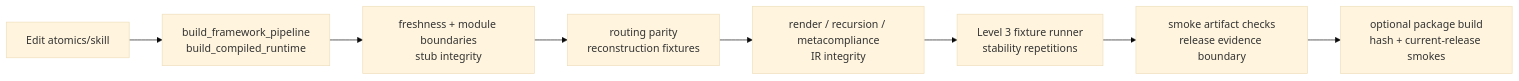
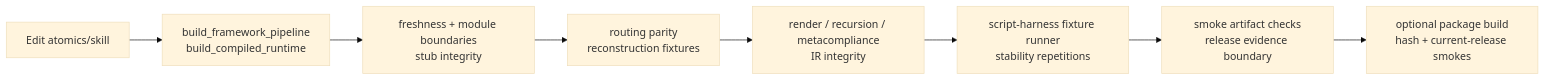
The third of 3 diagrams in README.md (theislampill/daee-epistemics), drawn with Mermaid (base theme) before and after one commit. The commit also changed other lines of this file and 60 other files, not shown here.

````diff
--- a/README.md
+++ b/README.md
@@ -406,14 +441,14 @@
 ```mermaid
 flowchart LR
 
 EDIT["Edit atomics/skill"]
 BUILDPIPE["build_framework_pipeline<br/>build_compiled_runtime"]
 FRESH["freshness + module boundaries<br/>stub integrity"]
 ROUTING["routing parity<br/>reconstruction fixtures"]
 GOV["render / recursion / metacompliance<br/>IR integrity"]
-L3FIX["Level 3 fixture runner<br/>stability repetitions"]
+L3FIX["script-harness fixture runner<br/>stability repetitions"]
 SMOKE["smoke artifact checks<br/>release evidence boundary"]
 PACKAGE["optional package build<br/>hash + current-release smokes"]
 
 EDIT --> BUILDPIPE --> FRESH --> ROUTING --> GOV --> L3FIX --> SMOKE --> PACKAGE
 ```
````
